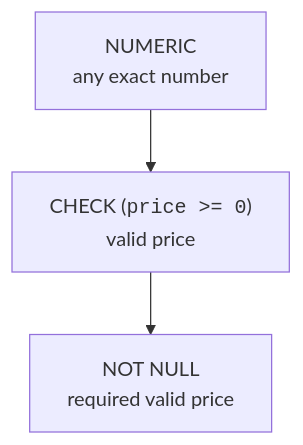
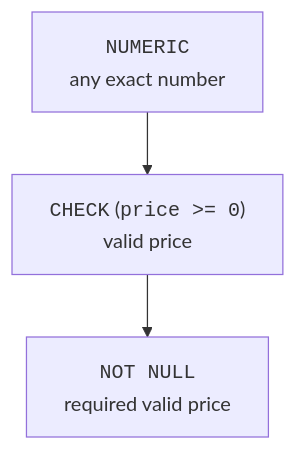
The fifth of 5 diagrams in content/courses/database-design-postgresql/choosing-data-types.mdx (dataslope/dataslope), drawn with Mermaid before and after one commit. The commit also changed other lines of this file and 52 other files, not shown here.

First line of the commit message:
Set SQL keywords in mermaid labels as code, and 10 more breakdowns

````diff
--- a/content/courses/database-design-postgresql/choosing-data-types.mdx
+++ b/content/courses/database-design-postgresql/choosing-data-types.mdx
@@ -235,5 +235,5 @@
 ```mermaid
 flowchart TD
-    Broad["NUMERIC<br/>any exact number"] --> Narrow["CHECK (<code>price &gt;= 0</code>)<br/>valid price"]
-    Narrow --> Required["NOT NULL<br/>required valid price"]
+    Broad["<code>NUMERIC</code><br/>any exact number"] --> Narrow["<code>CHECK</code> (<code>price &gt;= 0</code>)<br/>valid price"]
+    Narrow --> Required["<code>NOT NULL</code><br/>required valid price"]
 ```
````
